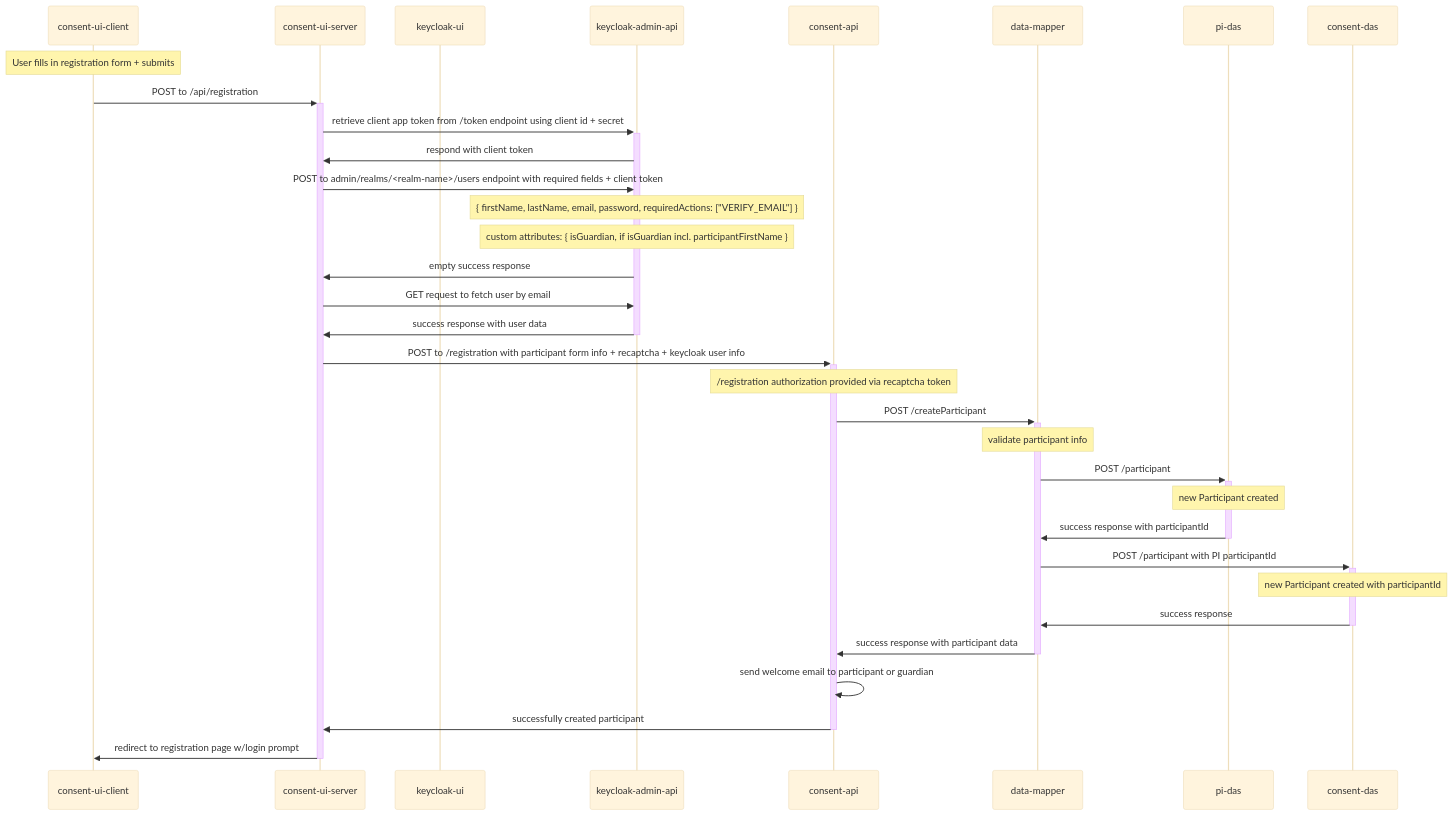
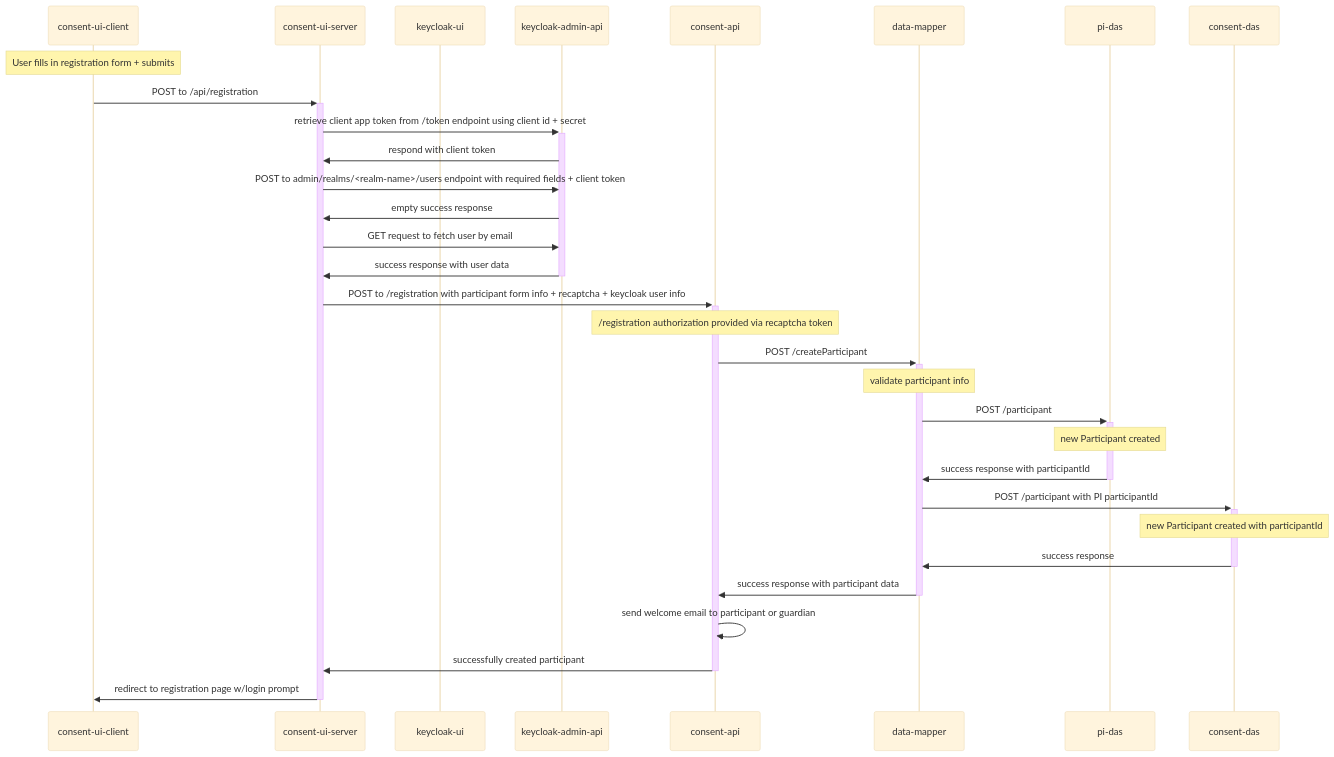
Before and after one commit to OHCRN/platform: the first of 2 diagrams in docs/registration-flow.md, drawn with Mermaid (base theme). The commit also changed other lines of this file, not shown here.

Commit message:
diagram cleanup

````diff
--- a/docs/registration-flow.md
+++ b/docs/registration-flow.md
@@ -6,36 +6,34 @@
 ```mermaid
 sequenceDiagram
     participant client as consent-ui-client
     participant server as consent-ui-server
     participant keycloak-ui
     participant keycloak as keycloak-admin-api
     participant consent-api
     participant data-mapper
     participant pi-das
     participant consent-das
 
     Note over client: User fills in registration form + submits
     client->>+server: POST to /api/registration
     server->>+keycloak: retrieve client app token from /token endpoint using client id + secret
     keycloak->>server: respond with client token
     server->>keycloak: POST to admin/realms/<realm-name>/users endpoint with required fields + client token
-    Note over keycloak: { firstName, lastName, email, password, requiredActions: ["VERIFY_EMAIL"] }
-    Note over keycloak: custom attributes: { isGuardian, if isGuardian incl. participantFirstName }
     keycloak->>server: empty success response
     server->>keycloak: GET request to fetch user by email
     keycloak->>-server: success response with user data
     server->>+consent-api: POST to /registration with participant form info + recaptcha + keycloak user info
     Note over consent-api: /registration authorization provided via recaptcha token
     consent-api->>+data-mapper: POST /createParticipant
     Note over data-mapper: validate participant info
     data-mapper->>+pi-das: POST /participant
     Note over pi-das: new Participant created
     pi-das->>-data-mapper: success response with participantId
     data-mapper->>+consent-das: POST /participant with PI participantId
     Note over consent-das: new Participant created with participantId
     consent-das->>-data-mapper: success response
     data-mapper->>-consent-api: success response with participant data
     consent-api->>consent-api: send welcome email to participant or guardian
     consent-api->>-server: successfully created participant
     server->>-client: redirect to registration page w/login prompt
 ```
````
